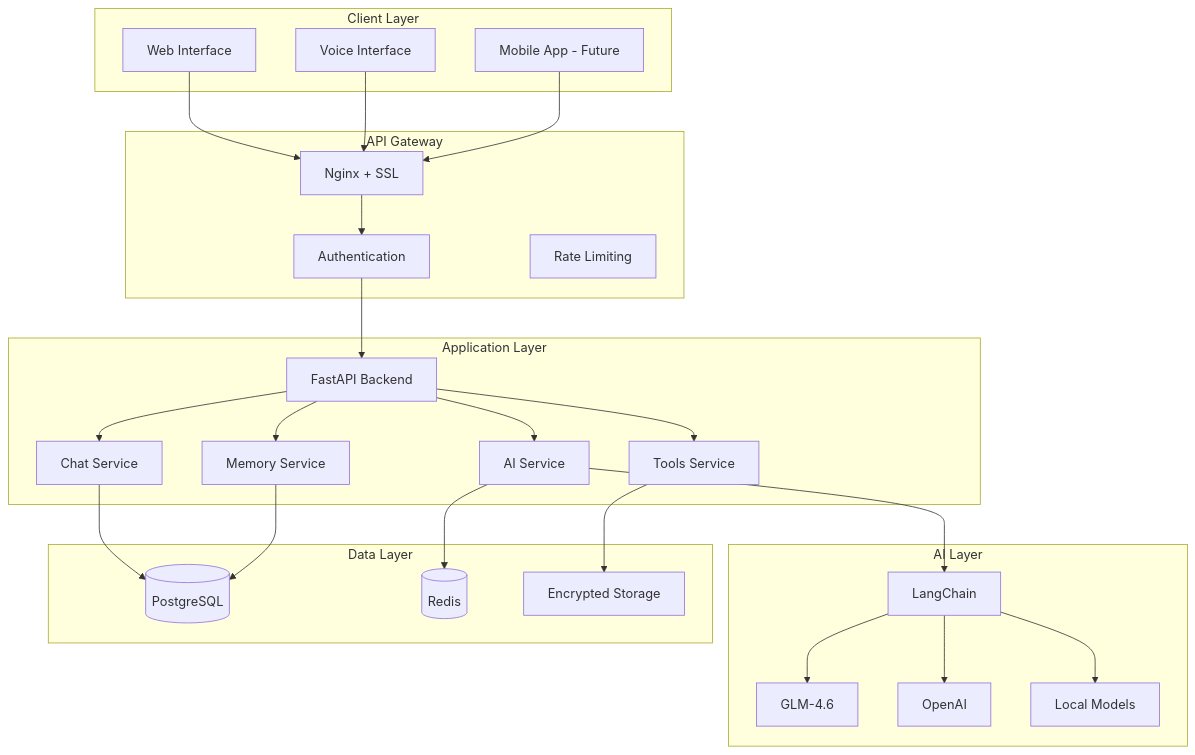
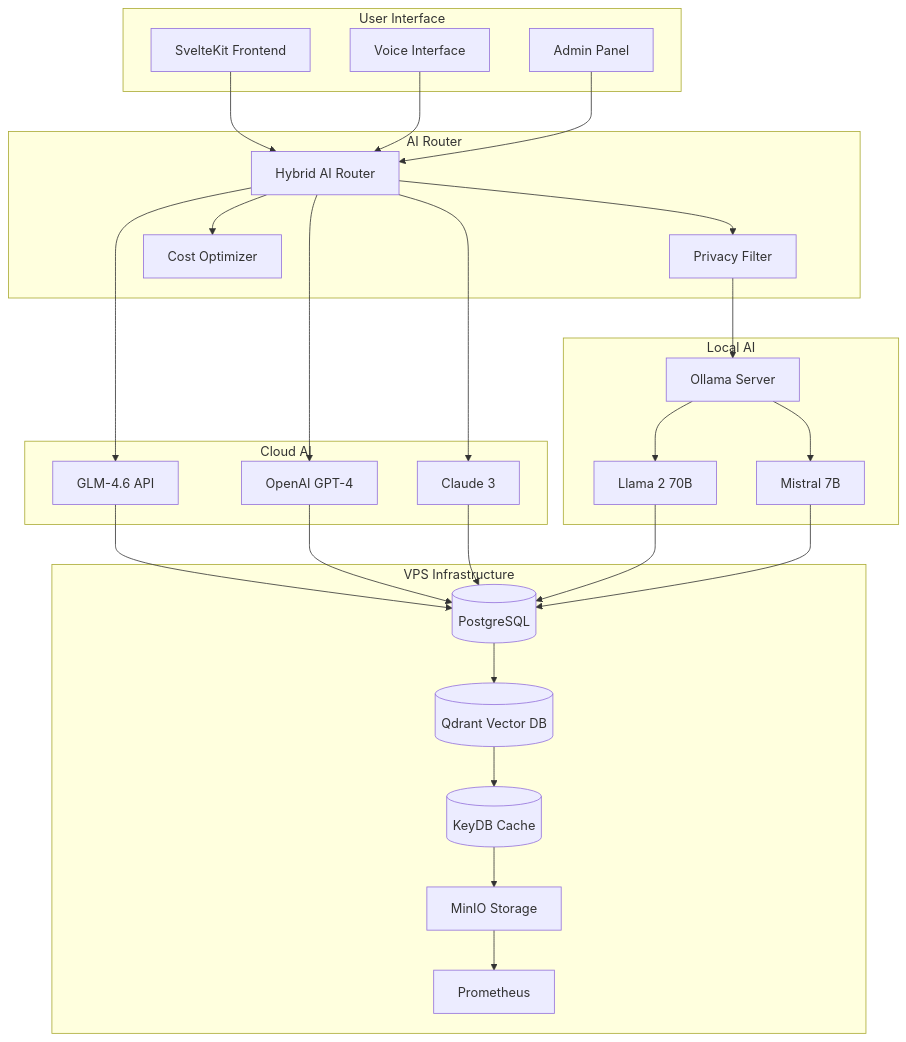
One commit to zykhe/PAL-adin changed the diagram in README.md. Above: the diagram before and after it, drawn with Mermaid. The commit also changed other lines of this file and 1 other file, not shown here.

````diff
--- a/README.md
+++ b/README.md
@@ -138,57 +136,60 @@
 ```mermaid
 graph TB
-    subgraph "Client Layer"
-        WEB[Web Interface]
+    subgraph "User Interface"
+        WEB[SvelteKit Frontend]
         VOICE[Voice Interface]
-        MOBILE[Mobile App - Future]
+        ADMIN[Admin Panel]
     end
     
-    subgraph "API Gateway"
-        NGINX[Nginx + SSL]
-        AUTH[Authentication]
-        RATE[Rate Limiting]
+    subgraph "AI Router"
+        ROUTER[Hybrid AI Router]
+        PRIVACY[Privacy Filter]
+        COST[Cost Optimizer]
     end
     
-    subgraph "Application Layer"
-        API[FastAPI Backend]
-        CHAT[Chat Service]
-        AI[AI Service]
-        MEMORY[Memory Service]
-        TOOLS[Tools Service]
+    subgraph "Cloud AI"
+        GLM[GLM-4.6 API]
+        OPENAI[OpenAI GPT-4]
+        ANTHROPIC[Claude 3]
     end
     
-    subgraph "AI Layer"
-        LANGCHAIN[LangChain]
-        GLM[GLM-4.6]
-        OPENAI[OpenAI]
-        LOCAL[Local Models]
+    subgraph "Local AI"
+        OLLAMA[Ollama Server]
+        LLAMA2[Llama 2 70B]
+        MISTRAL[Mistral 7B]
     end
     
-    subgraph "Data Layer"
+    subgraph "VPS Infrastructure"
         POSTGRES[(PostgreSQL)]
-        REDIS[(Redis)]
-        FILES[Encrypted Storage]
+        QDRANT[(Qdrant Vector DB)]
+        REDIS[(KeyDB Cache)]
+        MINIO[MinIO Storage]
+        PROMETHEUS[Prometheus]
     end
     
-    WEB --> NGINX
-    VOICE --> NGINX
-    MOBILE --> NGINX
+    WEB --> ROUTER
+    VOICE --> ROUTER
+    ADMIN --> ROUTER
     
-    NGINX --> AUTH
-    AUTH --> API
+    ROUTER --> PRIVACY
+    ROUTER --> COST
+    ROUTER --> GLM
+    ROUTER --> OPENAI
+    ROUTER --> ANTHROPIC
     
-    API --> CHAT
-    API --> AI
-    API --> MEMORY
-    API --> TOOLS
+    PRIVACY --> OLLAMA
     
-    AI --> LANGCHAIN
-    LANGCHAIN --> GLM
-    LANGCHAIN --> OPENAI
-    LANGCHAIN --> LOCAL
+    OLLAMA --> LLAMA2
+    OLLAMA --> MISTRAL
     
-    CHAT --> POSTGRES
-    MEMORY --> POSTGRES
-    AI --> REDIS
-    TOOLS --> FILES
+    GLM --> POSTGRES
+    OPENAI --> POSTGRES
+    ANTHROPIC --> POSTGRES
+    LLAMA2 --> POSTGRES
+    MISTRAL --> POSTGRES
+    
+    POSTGRES --> QDRANT
+    QDRANT --> REDIS
+    REDIS --> MINIO
+    MINIO --> PROMETHEUS
 ```
````
